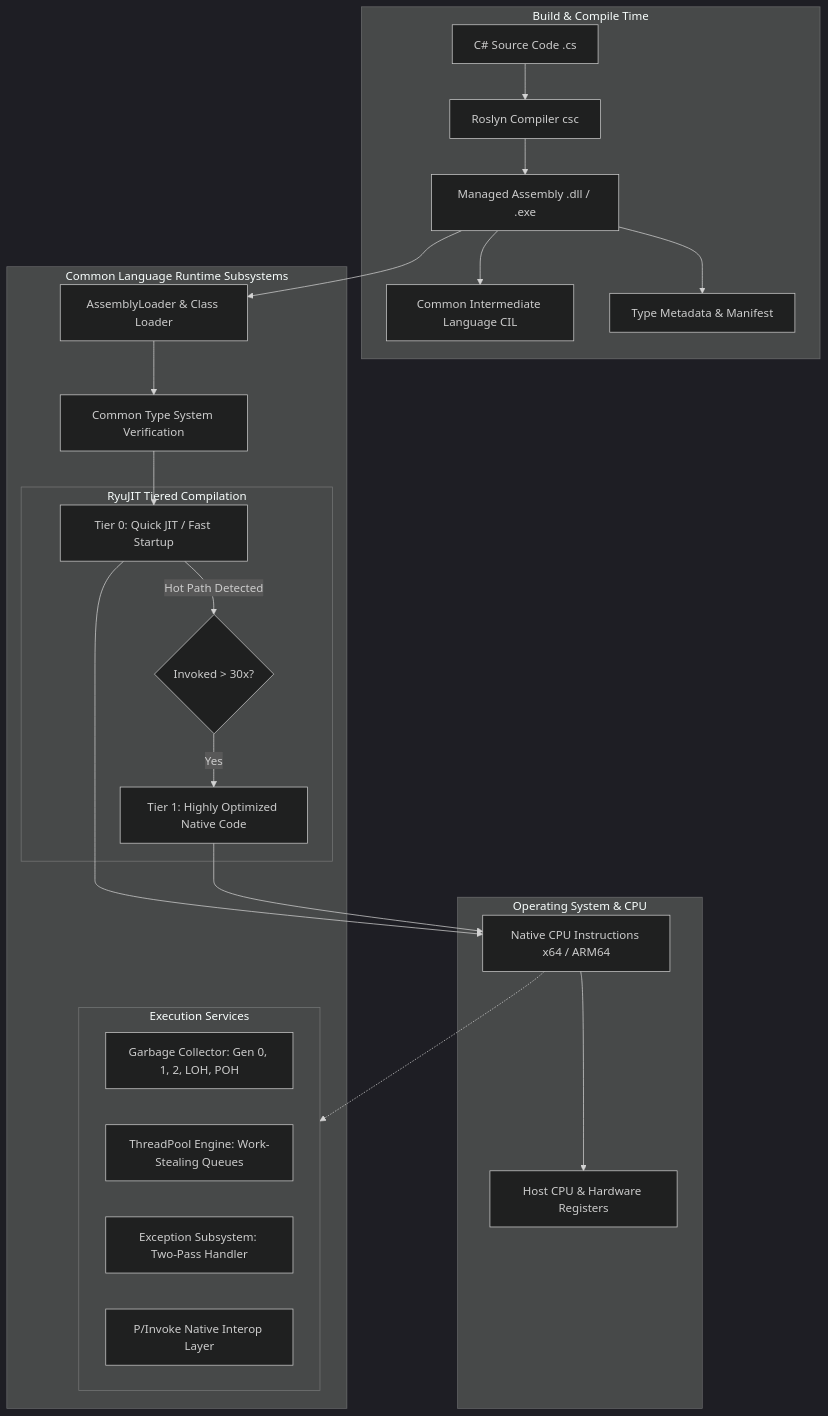
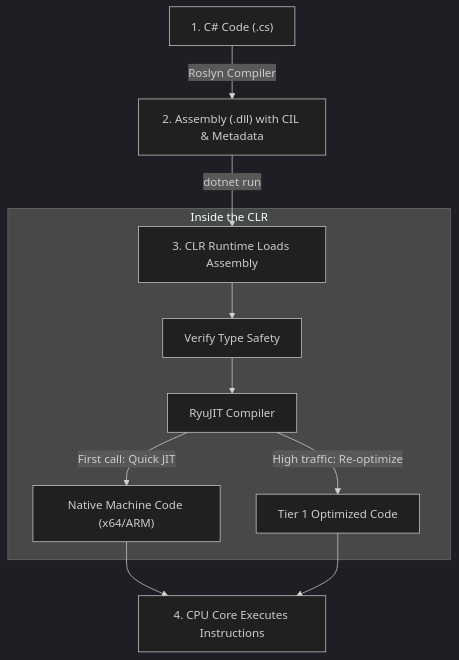
One commit to Limon-s-Interview-Prep-Zone/c-sharp-prep changed the diagram in docs/CLR.md. Above: the diagram before and after it, drawn with Mermaid (dark theme). The commit also changed other lines of this file and 9 other files, not shown here.

````diff
--- a/docs/CLR.md
+++ b/docs/CLR.md
@@ -341,42 +207,15 @@
 ```mermaid
 flowchart TD
-    subgraph Development [Build & Compile Time]
-        CS[C# Source Code .cs] --> Roslyn[Roslyn Compiler csc]
-        Roslyn --> Assembly[Managed Assembly .dll / .exe]
-        Assembly --> CIL[Common Intermediate Language CIL]
-        Assembly --> Meta[Type Metadata & Manifest]
+    CS["1. C# Code (.cs)"] -->|Roslyn Compiler| Assembly["2. Assembly (.dll) with CIL & Metadata"]
+    Assembly -->|dotnet run| CLR["3. CLR Runtime Loads Assembly"]
+    
+    subgraph CLR_Engine ["Inside the CLR"]
+        CLR --> Verifier["Verify Type Safety"]
+        Verifier --> JIT["RyuJIT Compiler"]
+        JIT -->|First call: Quick JIT| Native["Native Machine Code (x64/ARM)"]
+        JIT -->|High traffic: Re-optimize| NativeOpt["Tier 1 Optimized Code"]
     end
-
-    subgraph CLR [Common Language Runtime Subsystems]
-        Loader[AssemblyLoader & Class Loader]
-        CTS[Common Type System Verification]
-        
-        subgraph JIT_Engine [RyuJIT Tiered Compilation]
-            Tier0[Tier 0: Quick JIT / Fast Startup]
-            Counter{Invoked > 30x?}
-            Tier1[Tier 1: Highly Optimized Native Code]
-            Tier0 -->|Hot Path Detected| Counter
-            Counter -->|Yes| Tier1
-        end
-
-        subgraph Core_Services [Execution Services]
-            GC[Garbage Collector: Gen 0, 1, 2, LOH, POH]
-            TP[ThreadPool Engine: Work-Stealing Queues]
-            SEH[Exception Subsystem: Two-Pass Handler]
-            Interop[P/Invoke Native Interop Layer]
-        end
-    end
-
-    subgraph OS_Hardware [Operating System & CPU]
-        NativeCode[Native CPU Instructions x64 / ARM64]
-        CPU[Host CPU & Hardware Registers]
-    end
-
-    Assembly --> Loader
-    Loader --> CTS
-    CTS --> Tier0
-    Tier0 --> NativeCode
-    Tier1 --> NativeCode
-    NativeCode --> CPU
-    NativeCode -.-> Core_Services
+    
+    Native --> CPU["4. CPU Core Executes Instructions"]
+    NativeOpt --> CPU
 ```
````
